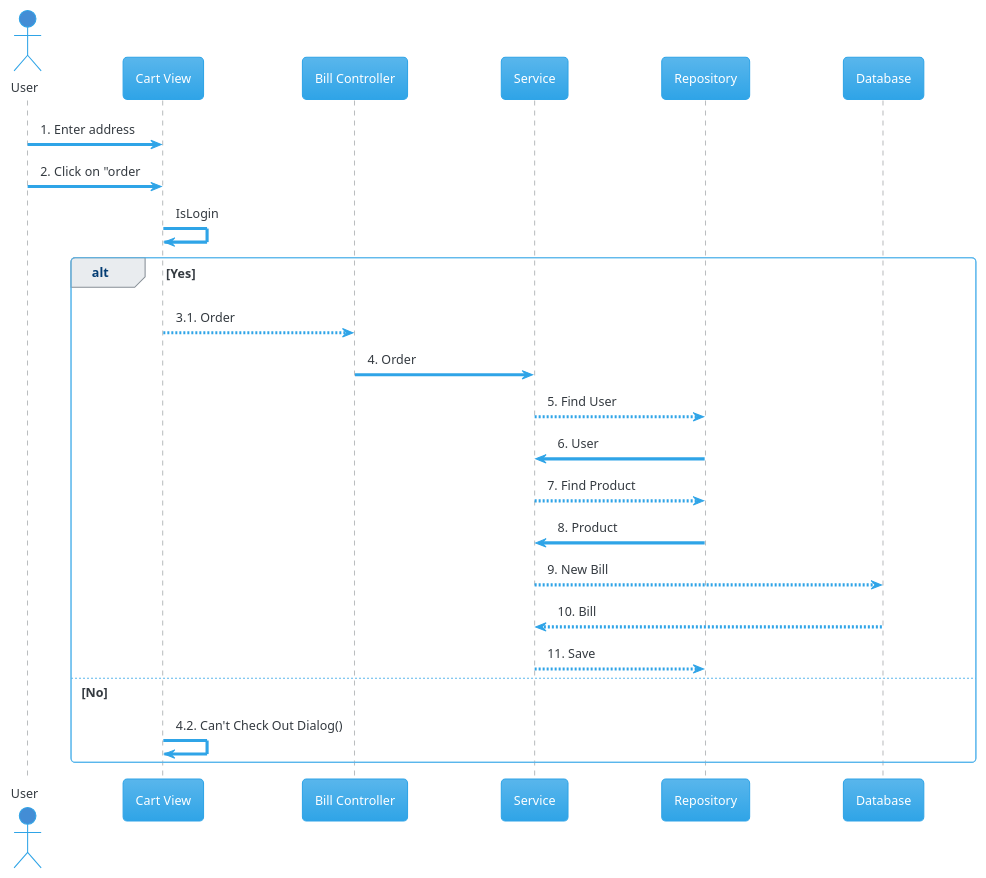
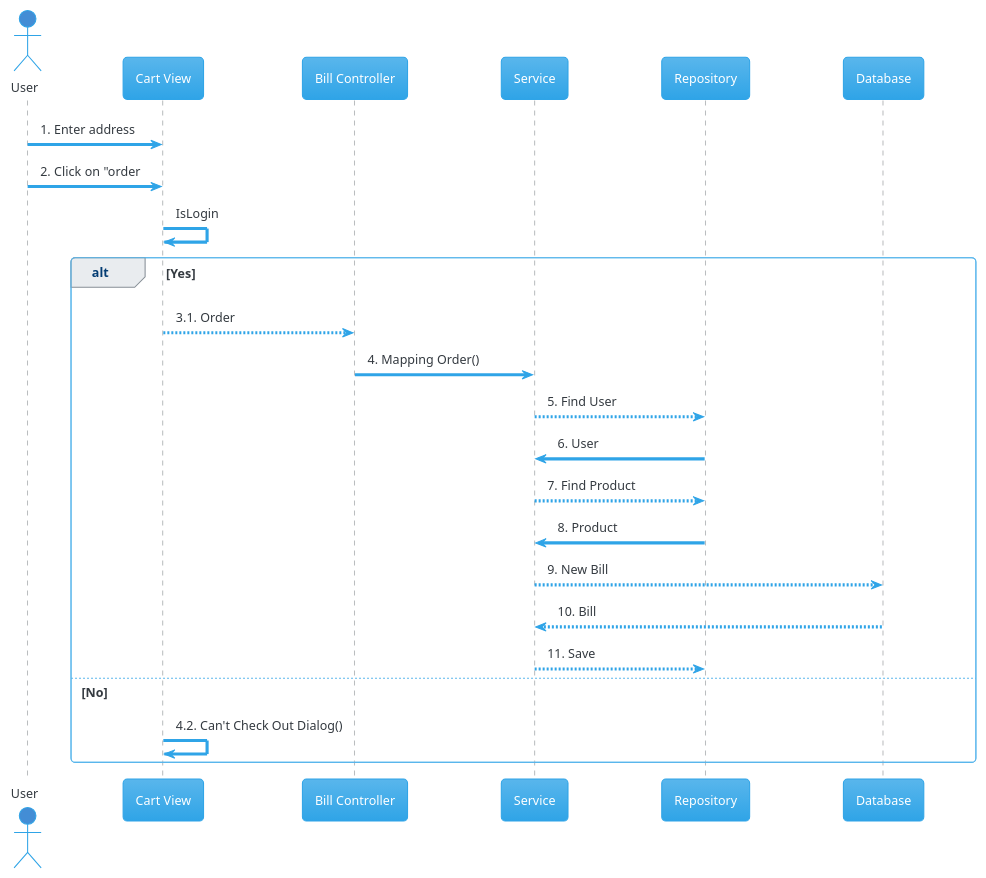
One commit to congdat123/c4-model changed the diagram in sequence Diagram/Order.pu. Above: the diagram before and after it, drawn with PlantUML. The commit also changed 1 other file, not shown here.

```diff
--- a/sequence Diagram/Order.pu
+++ b/sequence Diagram/Order.pu
@@ -1,23 +1,23 @@
 @startuml
 !theme cerulean
 actor User #438dd5
 participant "Cart View" as cart_view
 participant "Bill Controller" as bill_controller
 
 User -> cart_view :1. Enter address
 User -> cart_view :2. Click on "order
 cart_view -> cart_view :IsLogin
 alt Yes
 	cart_view --> bill_controller :3.1. Order
-	bill_controller -> Service :4. Order
+	bill_controller -> Service :4. Mapping Order()
 	Service --> Repository :5. Find User
 	Repository -> Service :6. User
 	Service --> Repository :7. Find Product
 	Repository -> Service :8. Product
     Service --> Database :9. New Bill
     Database --> Service :10. Bill
     Service --> Repository :11. Save
 else No
 	cart_view ->cart_view :4.2. Can't Check Out Dialog()
 end
 @enduml
```
